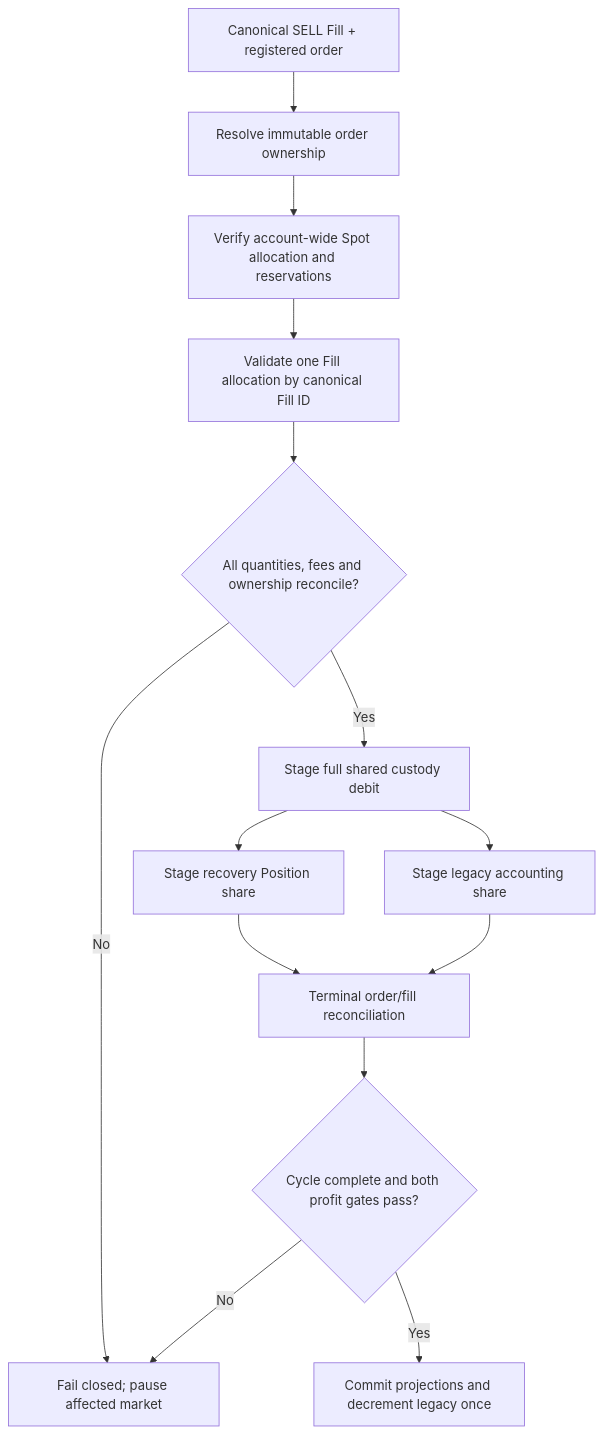
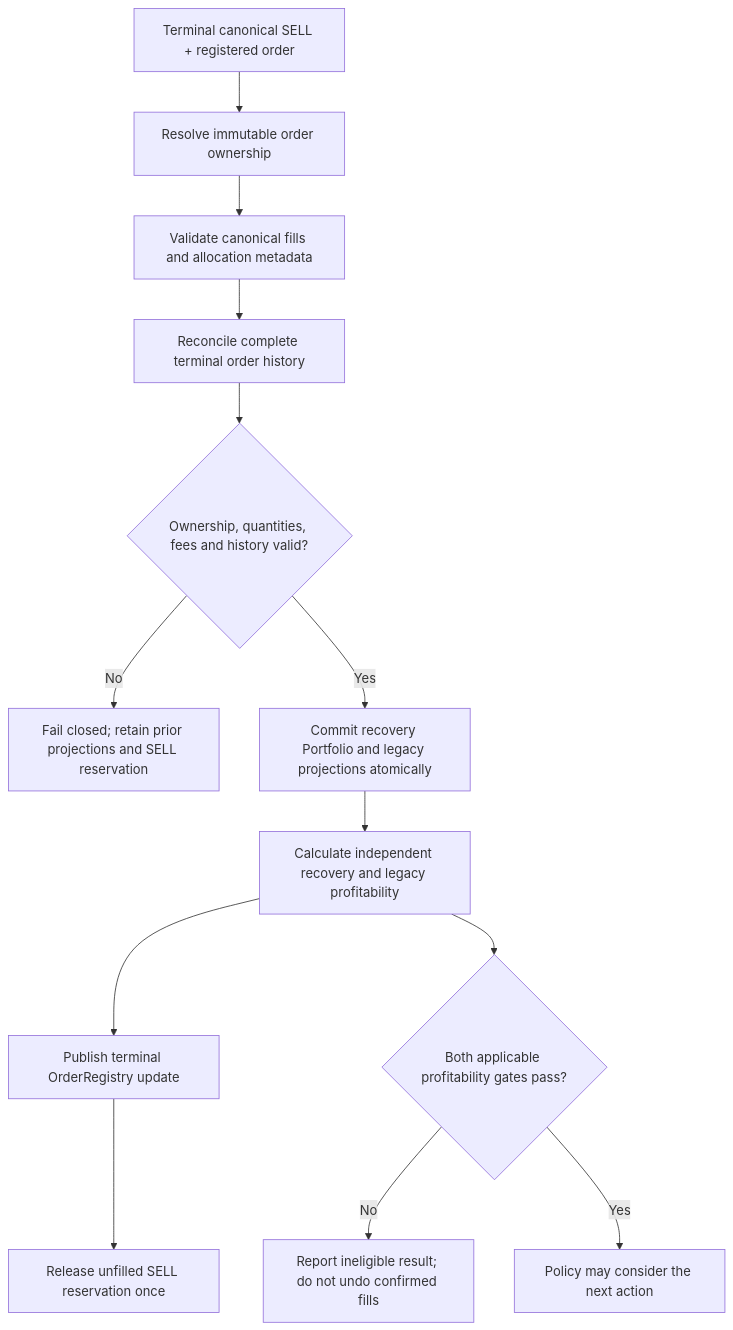
Before and after one commit to 45s/coinzilla: the first of 2 diagrams in apps/harvester/docs/domain/recovery-seller-domain-specification.md, drawn with Mermaid. The commit also changed other lines of this file and 6 other files, not shown here.

Commit message:
docs(harvester): close RS-2b and define RS-3 policy gates

````diff
--- a/apps/harvester/docs/domain/recovery-seller-domain-specification.md
+++ b/apps/harvester/docs/domain/recovery-seller-domain-specification.md
@@ -147,16 +146,15 @@
 ```mermaid
 flowchart TD
-  A[Canonical SELL Fill + registered order] --> B[Resolve immutable order ownership]
-  B --> C[Verify account-wide Spot allocation and reservations]
-  C --> D[Validate one Fill allocation by canonical Fill ID]
-  D --> E{All quantities, fees and ownership reconcile?}
-  E -->|No| X[Fail closed; pause affected market]
-  E -->|Yes| F[Stage full shared custody debit]
-  F --> G[Stage recovery Position share]
-  F --> H[Stage legacy accounting share]
-  G --> I[Terminal order/fill reconciliation]
-  H --> I
-  I --> J{Cycle complete and both profit gates pass?}
-  J -->|No| X
-  J -->|Yes| K[Commit projections and decrement legacy once]
+  A[Terminal canonical SELL + registered order] --> B[Resolve immutable order ownership]
+  B --> C[Validate canonical fills and allocation metadata]
+  C --> D[Reconcile complete terminal order history]
+  D --> E{Ownership, quantities, fees and history valid?}
+  E -->|No| X[Fail closed; retain prior projections and SELL reservation]
+  E -->|Yes| F[Commit recovery Portfolio and legacy projections atomically]
+  F --> G[Calculate independent recovery and legacy profitability]
+  G --> H[Publish terminal OrderRegistry update]
+  H --> I[Release unfilled SELL reservation once]
+  G --> J{Both applicable profitability gates pass?}
+  J -->|No| K[Report ineligible result; do not undo confirmed fills]
+  J -->|Yes| L[Policy may consider the next action]
 ```
````
